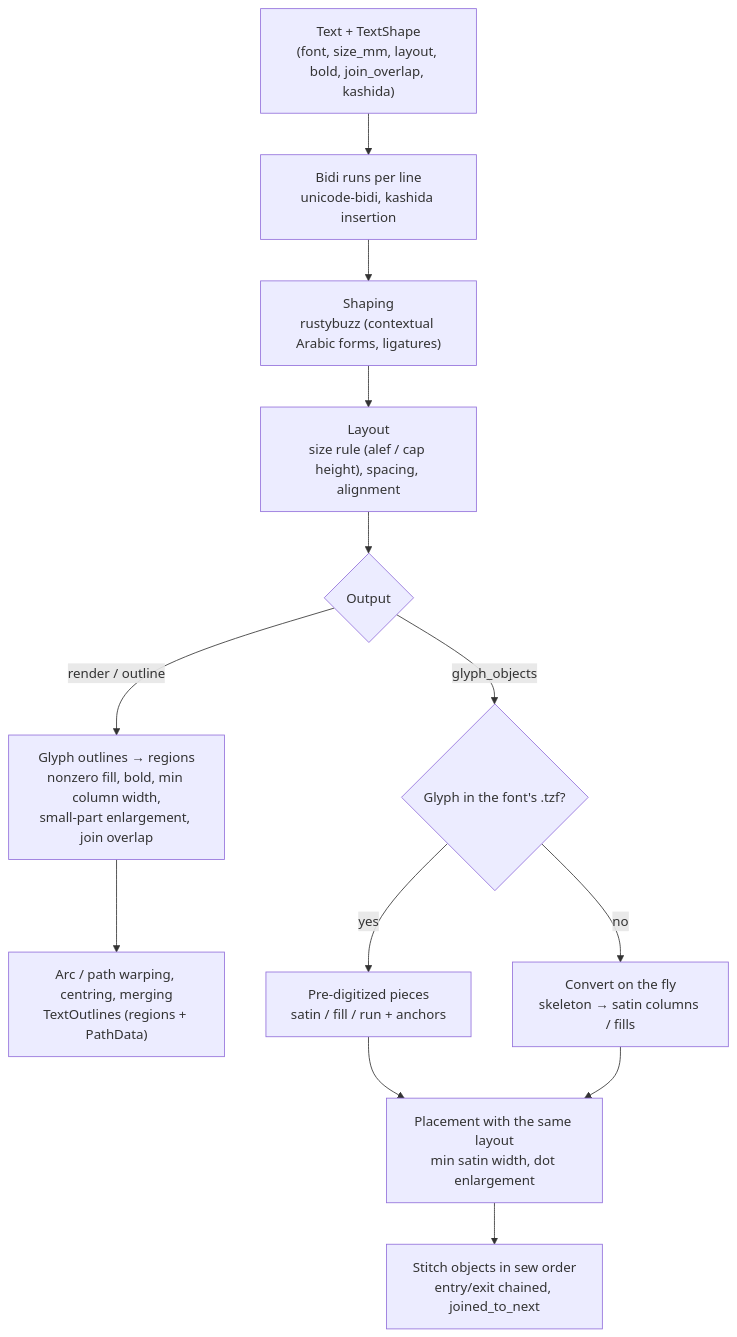
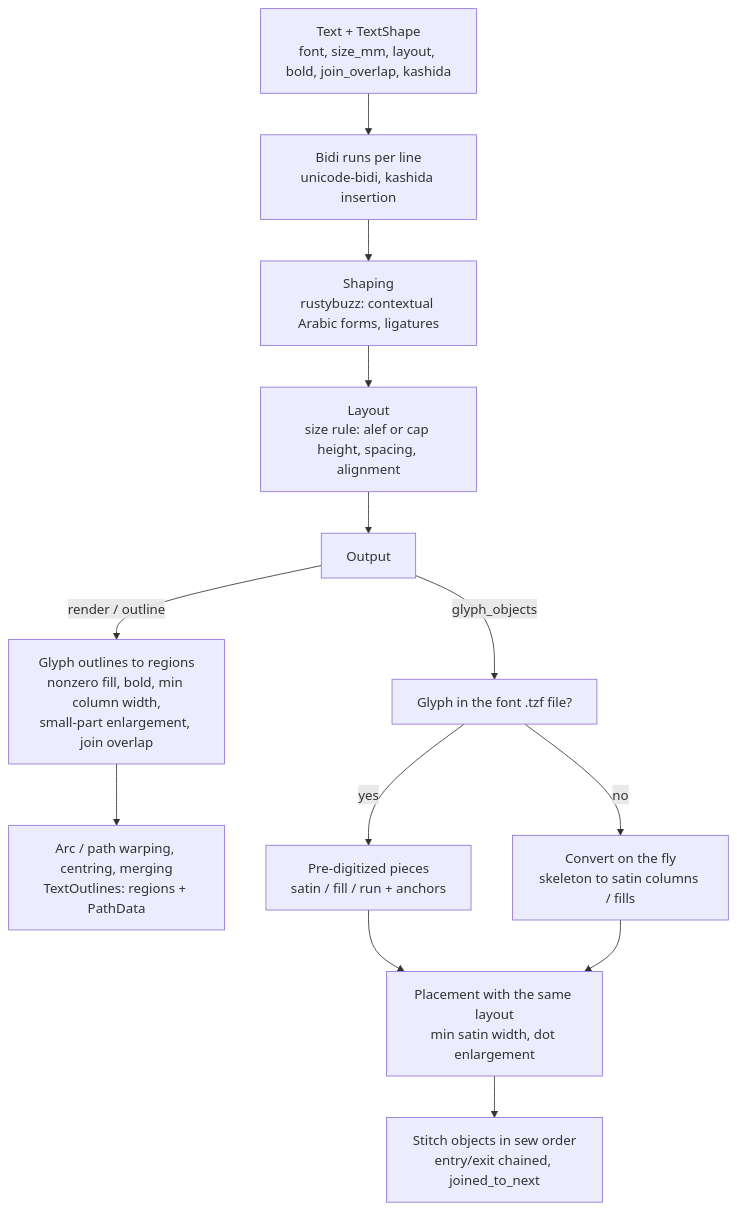
The first of 4 diagrams in README.ar.md (TerminalDZ/tarz-text), drawn with Mermaid before and after one commit. The commit also changed other lines of this file and 1 other file, not shown here.

Commit message:
docs: GitHub-safe mermaid diagrams

````diff
--- a/README.ar.md
+++ b/README.ar.md
@@ -145,15 +145,15 @@
 ```mermaid
 flowchart TD
-    A["Text + TextShape<br/>(font, size_mm, layout, bold, join_overlap, kashida)"] --> B["Bidi runs per line<br/>unicode-bidi, kashida insertion"]
-    B --> C["Shaping<br/>rustybuzz (contextual Arabic forms, ligatures)"]
-    C --> D["Layout<br/>size rule (alef / cap height), spacing, alignment"]
-    D --> E{"Output"}
-    E -->|"render / outline"| F["Glyph outlines → regions<br/>nonzero fill, bold, min column width,<br/>small-part enlargement, join overlap"]
-    F --> G["Arc / path warping, centring, merging<br/>TextOutlines (regions + PathData)"]
-    E -->|"glyph_objects"| H{"Glyph in the font's .tzf?"}
-    H -->|yes| I["Pre-digitized pieces<br/>satin / fill / run + anchors"]
-    H -->|no| J["Convert on the fly<br/>skeleton → satin columns / fills"]
-    I --> K["Placement with the same layout<br/>min satin width, dot enlargement"]
+    A["Text + TextShape<br>font, size_mm, layout, bold, join_overlap, kashida"] --> B["Bidi runs per line<br>unicode-bidi, kashida insertion"]
+    B --> C["Shaping<br>rustybuzz: contextual Arabic forms, ligatures"]
+    C --> D["Layout<br>size rule: alef or cap height, spacing, alignment"]
+    D --> E["Output"]
+    E -->|"render / outline"| F["Glyph outlines to regions<br>nonzero fill, bold, min column width,<br>small-part enlargement, join overlap"]
+    F --> G["Arc / path warping, centring, merging<br>TextOutlines: regions + PathData"]
+    E -->|"glyph_objects"| H["Glyph in the font .tzf file?"]
+    H -->|"yes"| I["Pre-digitized pieces<br>satin / fill / run + anchors"]
+    H -->|"no"| J["Convert on the fly<br>skeleton to satin columns / fills"]
+    I --> K["Placement with the same layout<br>min satin width, dot enlargement"]
     J --> K
-    K --> L["Stitch objects in sew order<br/>entry/exit chained, joined_to_next"]
+    K --> L["Stitch objects in sew order<br>entry/exit chained, joined_to_next"]
 ```
````
